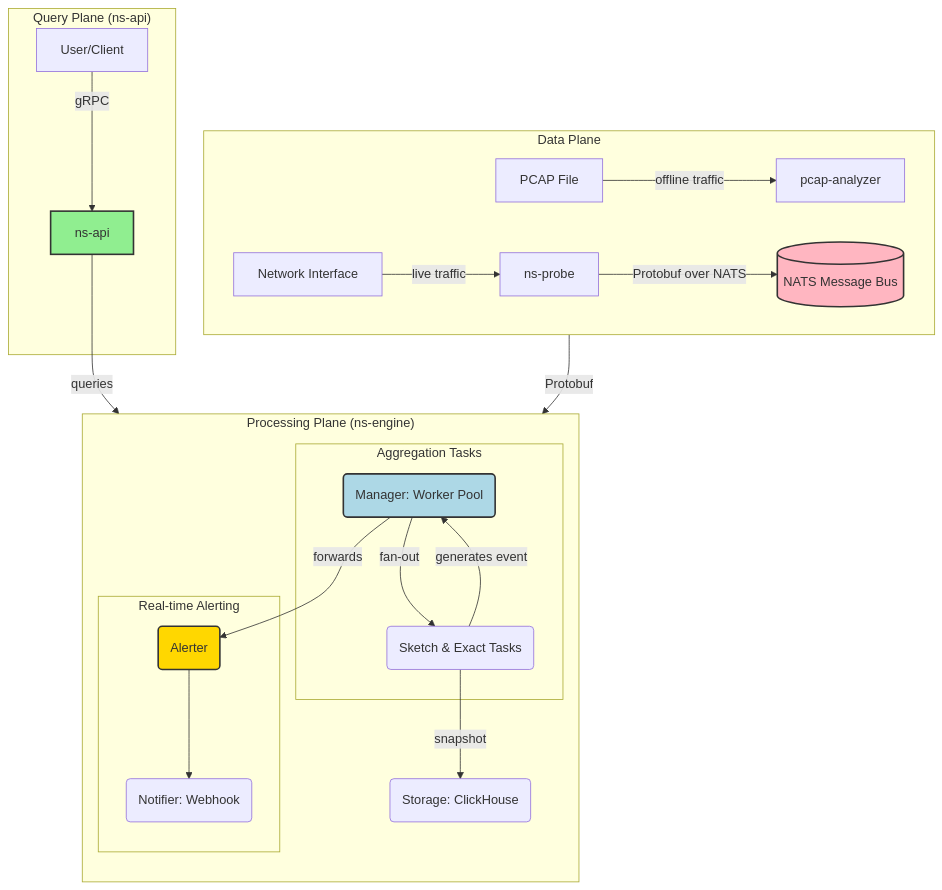
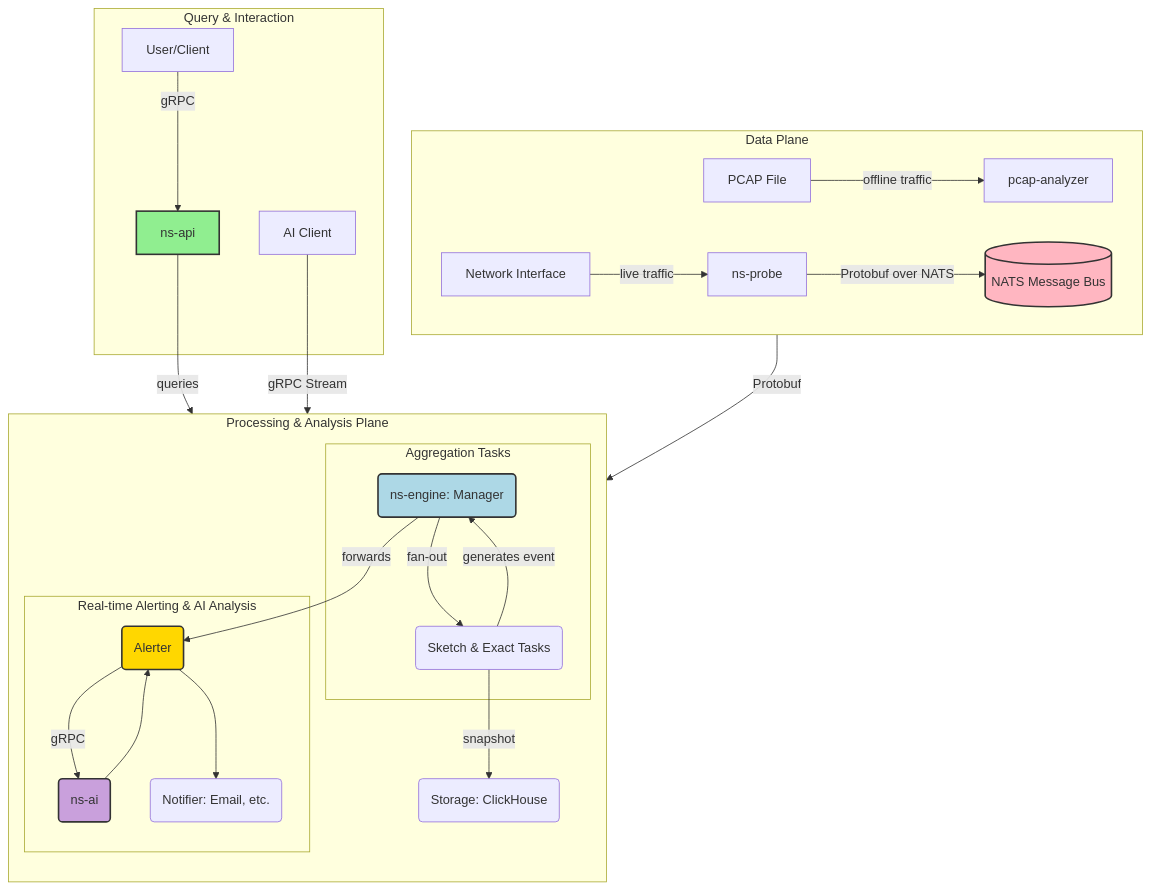
The diagram in README.md (Decade-qiu/Go2NetSpectra), drawn with Mermaid before and after one commit. The commit also changed other lines of this file and 2 other files, not shown here.

Commit message:
:memo: docs(arch): update documentation for AI analysis feature

````diff
--- a/README.md
+++ b/README.md
@@ -21,37 +22,42 @@
 ```mermaid
 graph TD
     subgraph "Data Plane"
         direction LR
         Iface[Network Interface] -- live traffic --> Probe[ns-probe]
         Pcap[PCAP File] -- offline traffic --> Analyzer[pcap-analyzer]
         Probe -- Protobuf over NATS --> NATS[(NATS Message Bus)]
     end
 
-    subgraph "Processing Plane (ns-engine)"
+    subgraph "Processing & Analysis Plane"
         direction TB
-        NATS -- Protobuf --> Manager(Manager: Worker Pool)
+        NATS -- Protobuf --> Manager(ns-engine: Manager)
         
         subgraph "Aggregation Tasks"
             Manager -- fan-out --> Tasks(Sketch & Exact Tasks)
         end
 
         Tasks -- snapshot --> Storage(Storage: ClickHouse)
         
-        subgraph "Real-time Alerting"
+        subgraph "Real-time Alerting & AI Analysis"
             Tasks -- generates event --> Manager
             Manager -- forwards --> Alerter(Alerter)
-            Alerter --> Notifier(Notifier: Webhook)
+            Alerter -- gRPC --> AI_Service(ns-ai)
+            AI_Service --> Alerter
+            Alerter --> Notifier(Notifier: Email, etc.)
         end
     end
 
-    subgraph "Query Plane (ns-api)"
+    subgraph "Query & Interaction"
         API[ns-api]
         User[User/Client] -- gRPC --> API
         API -- queries --> Storage
+
+        AI_Client[AI Client] -- gRPC Stream --> AI_Service
     end
 
     style NATS fill:#FFB6C1,stroke:#333,stroke-width:2px
     style Manager fill:#ADD8E6,stroke:#333,stroke-width:2px
     style API fill:#90EE90,stroke:#333,stroke-width:2px
     style Alerter fill:#FFD700,stroke:#333,stroke-width:2px
+    style AI_Service fill:#C9A0DC,stroke:#333,stroke-width:2px
 ```
````
